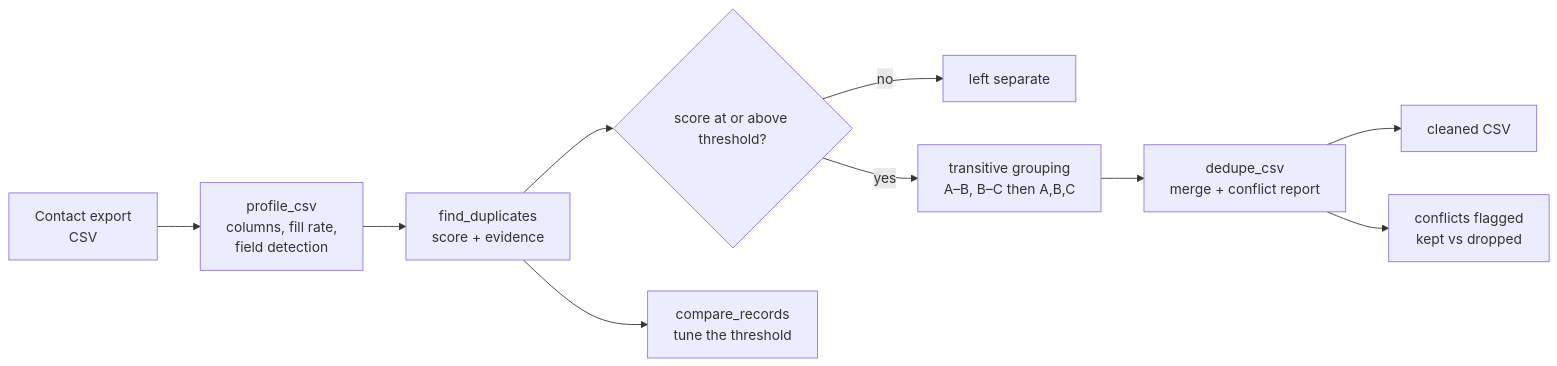
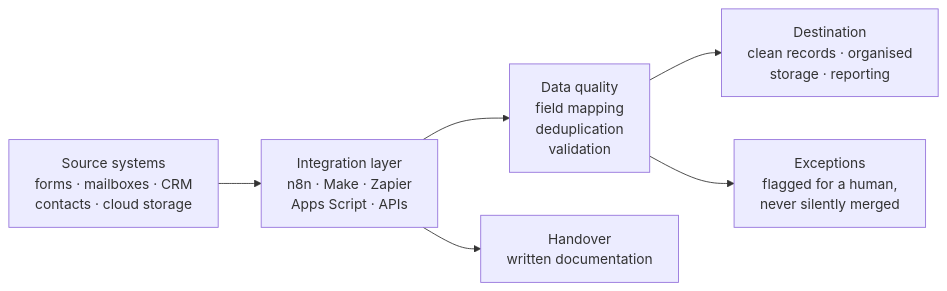
Before and after one commit to skmalikllc/automation-portfolio: the first of 2 diagrams in README.md, drawn with Mermaid. The commit also changed other lines of this file, not shown here.

Commit message:
Fix diagram rendering: 2 summary diagrams

````diff
--- a/README.md
+++ b/README.md
@@ -50,12 +32,8 @@
 ```mermaid
 flowchart LR
-  A["Contact export<br/>CSV"] --> B["profile_csv<br/>columns, fill rate,<br/>field detection"]
-  B --> C["find_duplicates<br/>score + evidence"]
-  C --> D{"score at or above threshold?"}
-  D -- no --> E["left separate"]
-  D -- yes --> F["transitive grouping<br/>A–B, B–C then A,B,C"]
-  F --> G["dedupe_csv<br/>merge + conflict report"]
-  G --> H["cleaned CSV"]
-  G --> I["conflicts flagged<br/>kept vs dropped"]
-  C --> J["compare_records<br/>tune the threshold"]
+  S["Source systems<br/>forms · mailboxes · CRM<br/>contacts · cloud storage"] --> I["Integration layer<br/>n8n · Make · Zapier<br/>Apps Script · APIs"]
+  I --> Q["Data quality<br/>field mapping<br/>deduplication<br/>validation"]
+  Q --> D["Destination<br/>clean records · organised<br/>storage · reporting"]
+  Q --> X["Exceptions<br/>flagged for a human,<br/>never silently merged"]
+  I --> H["Handover<br/>written documentation"]
 ```
````
